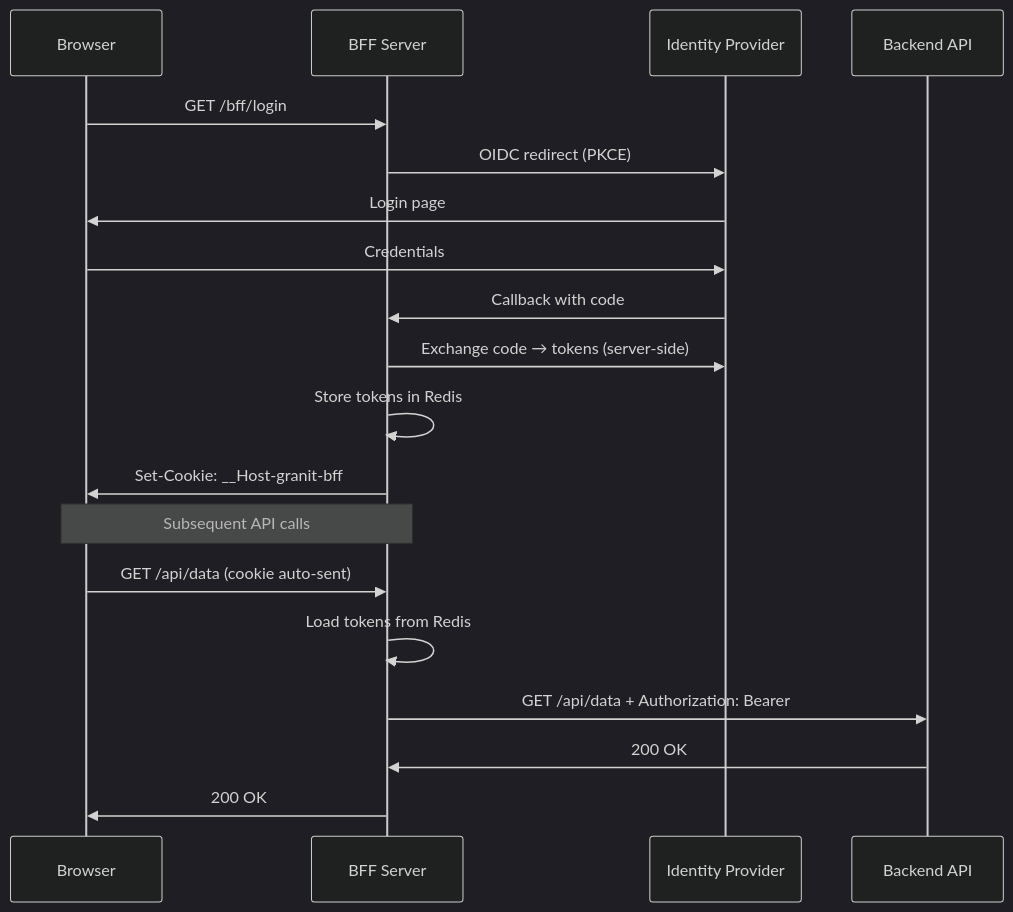
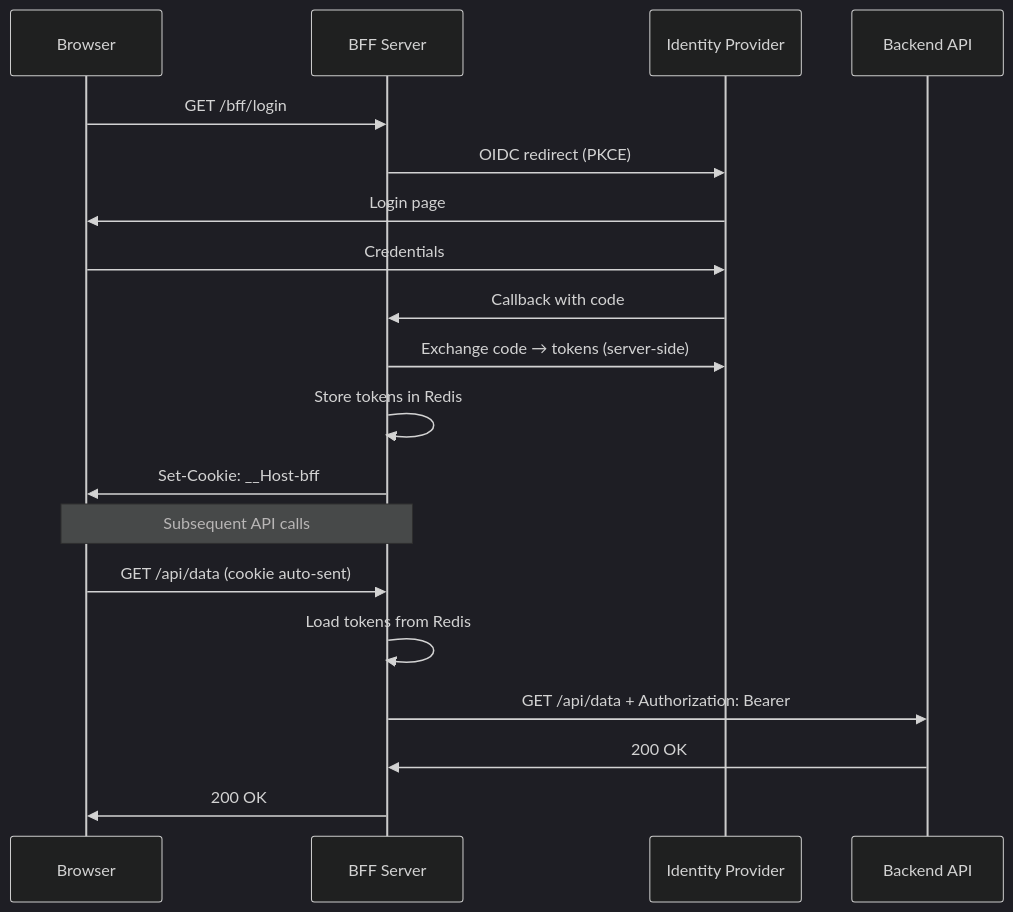
The second of 2 diagrams in docs-site/src/content/docs/dotnet/architecture/patterns/bff-proxy.md (granit-fx/granit-dotnet), drawn with Mermaid (dark theme) before and after one commit. The commit also changed 12 other files, not shown here.

Commit message:
chore: include pending local changes (BFF options, docs, cookie contrib)

````diff
--- a/docs-site/src/content/docs/dotnet/architecture/patterns/bff-proxy.md
+++ b/docs-site/src/content/docs/dotnet/architecture/patterns/bff-proxy.md
@@ -49,24 +49,24 @@
 ```mermaid
 sequenceDiagram
     participant B as Browser
     participant BFF as BFF Server
     participant IdP as Identity Provider
     participant API as Backend API
 
     B->>BFF: GET /bff/login
     BFF->>IdP: OIDC redirect (PKCE)
     IdP->>B: Login page
     B->>IdP: Credentials
     IdP->>BFF: Callback with code
     BFF->>IdP: Exchange code → tokens (server-side)
     BFF->>BFF: Store tokens in Redis
-    BFF->>B: Set-Cookie: __Host-granit-bff
+    BFF->>B: Set-Cookie: __Host-bff
 
     Note over B,BFF: Subsequent API calls
 
     B->>BFF: GET /api/data (cookie auto-sent)
     BFF->>BFF: Load tokens from Redis
     BFF->>API: GET /api/data + Authorization: Bearer
     API->>BFF: 200 OK
     BFF->>B: 200 OK
 ```
````
